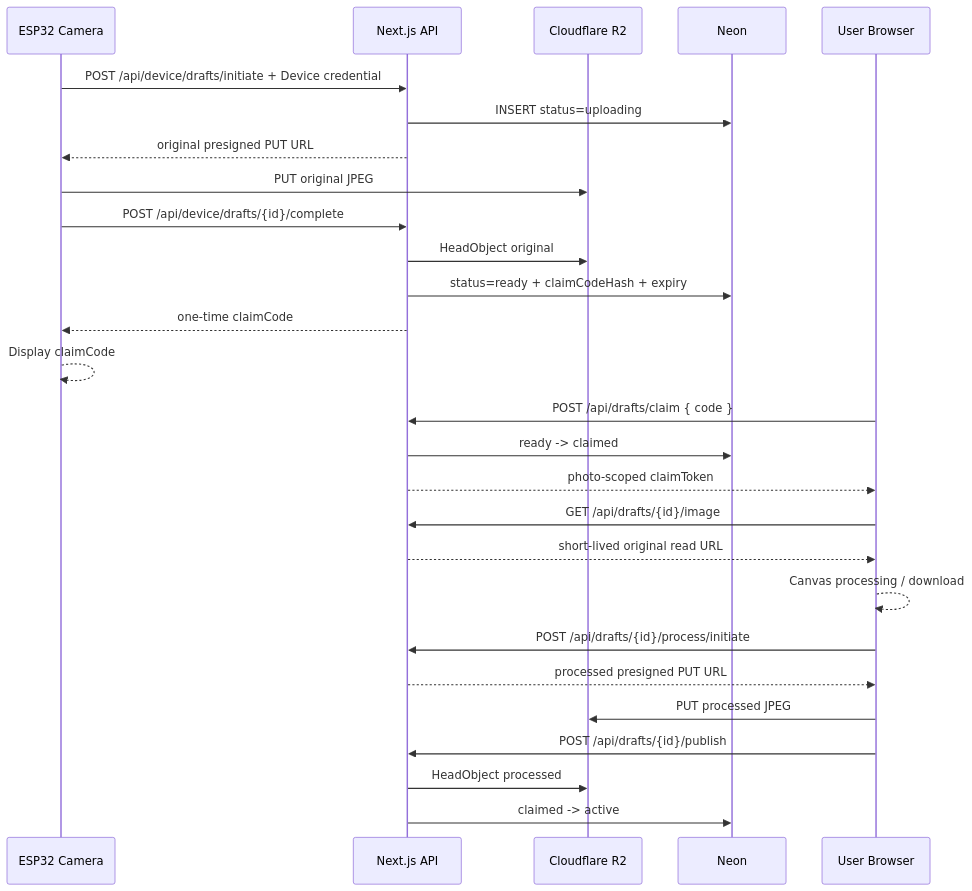
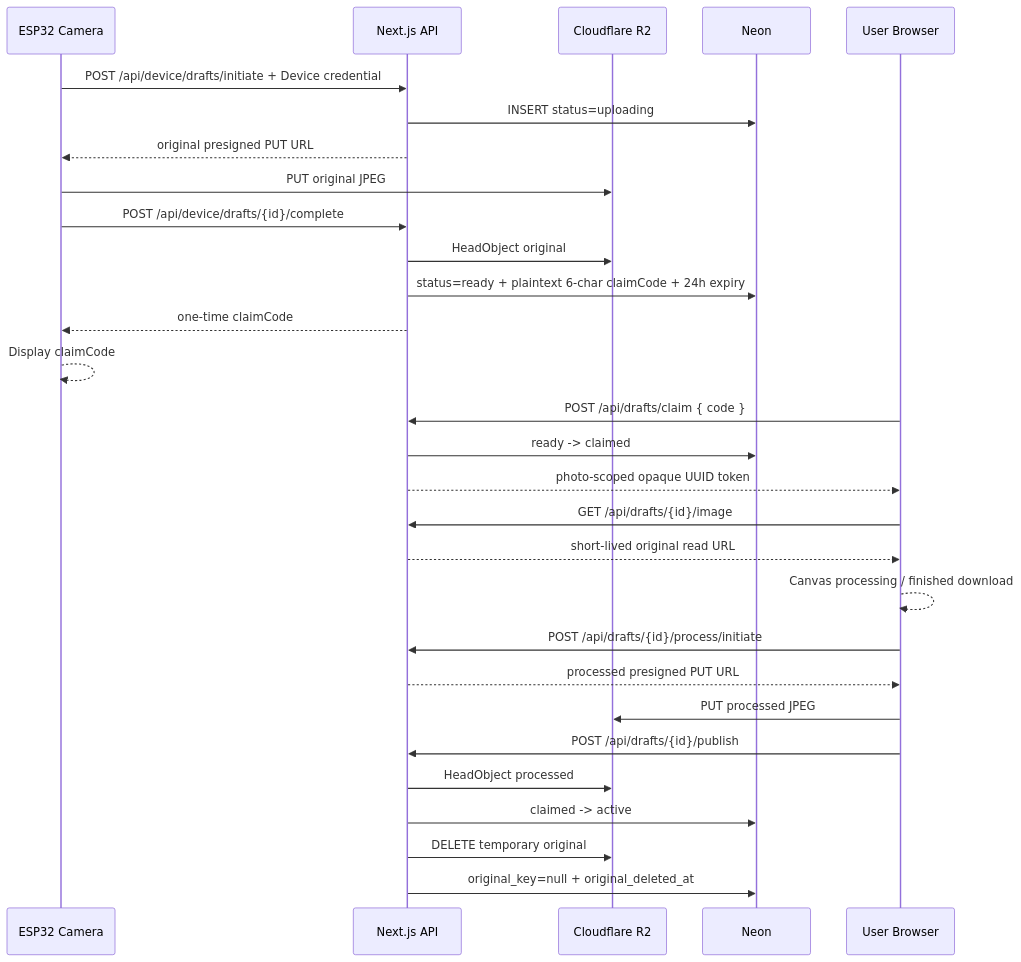
One commit to fengyenchia/tiger-camera changed the diagram in web/docs/backend-setup.md. Above: the diagram before and after it, drawn with Mermaid. The commit also changed other lines of this file and 67 other files, not shown here.

````diff
--- a/web/docs/backend-setup.md
+++ b/web/docs/backend-setup.md
@@ -34,30 +43,32 @@
 ```mermaid
 sequenceDiagram
     participant C as ESP32 Camera
     participant API as Next.js API
     participant R2 as Cloudflare R2
     participant DB as Neon
     participant U as User Browser
 
     C->>API: POST /api/device/drafts/initiate + Device credential
     API->>DB: INSERT status=uploading
     API-->>C: original presigned PUT URL
     C->>R2: PUT original JPEG
     C->>API: POST /api/device/drafts/{id}/complete
     API->>R2: HeadObject original
-    API->>DB: status=ready + claimCodeHash + expiry
+    API->>DB: status=ready + plaintext 6-char claimCode + 24h expiry
     API-->>C: one-time claimCode
     C-->>C: Display claimCode
     U->>API: POST /api/drafts/claim { code }
     API->>DB: ready -> claimed
-    API-->>U: photo-scoped claimToken
+    API-->>U: photo-scoped opaque UUID token
     U->>API: GET /api/drafts/{id}/image
     API-->>U: short-lived original read URL
-    U-->>U: Canvas processing / download
+    U-->>U: Canvas processing / finished download
     U->>API: POST /api/drafts/{id}/process/initiate
     API-->>U: processed presigned PUT URL
     U->>R2: PUT processed JPEG
     U->>API: POST /api/drafts/{id}/publish
     API->>R2: HeadObject processed
     API->>DB: claimed -> active
+    API->>R2: DELETE temporary original
+    API->>DB: original_key=null + original_deleted_at
 ```
````
